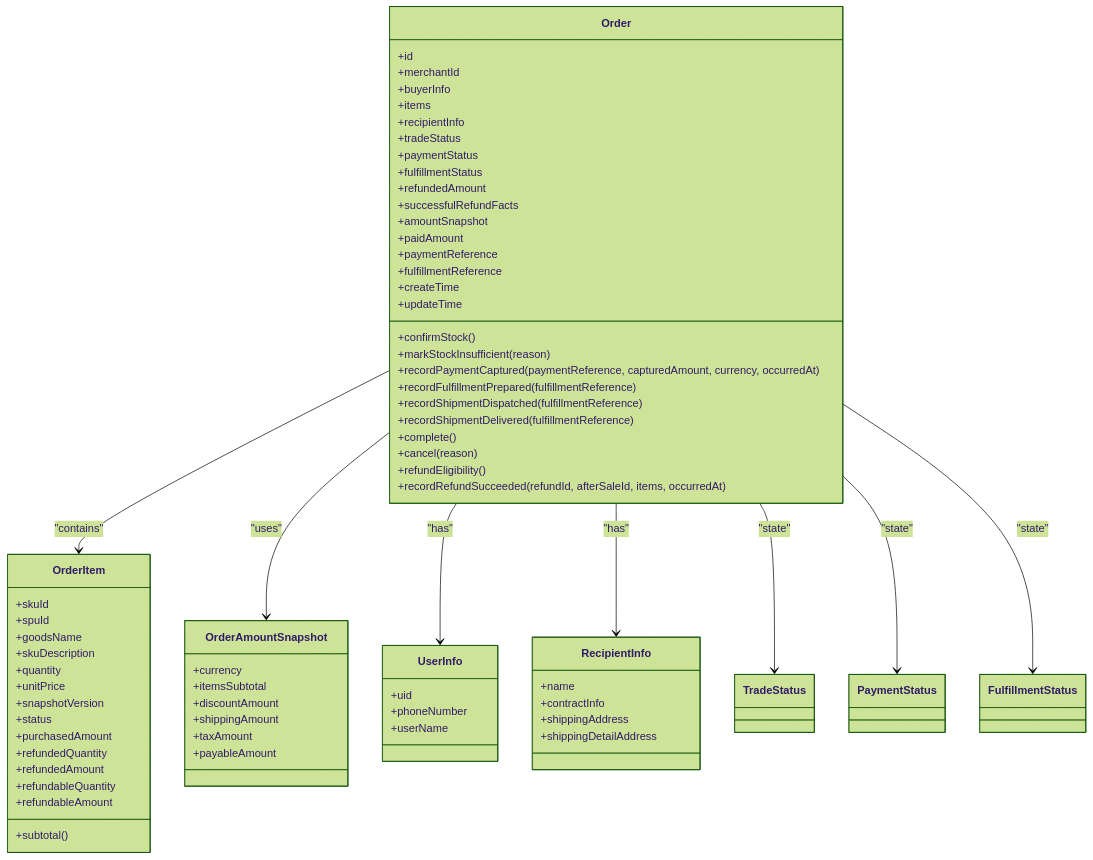
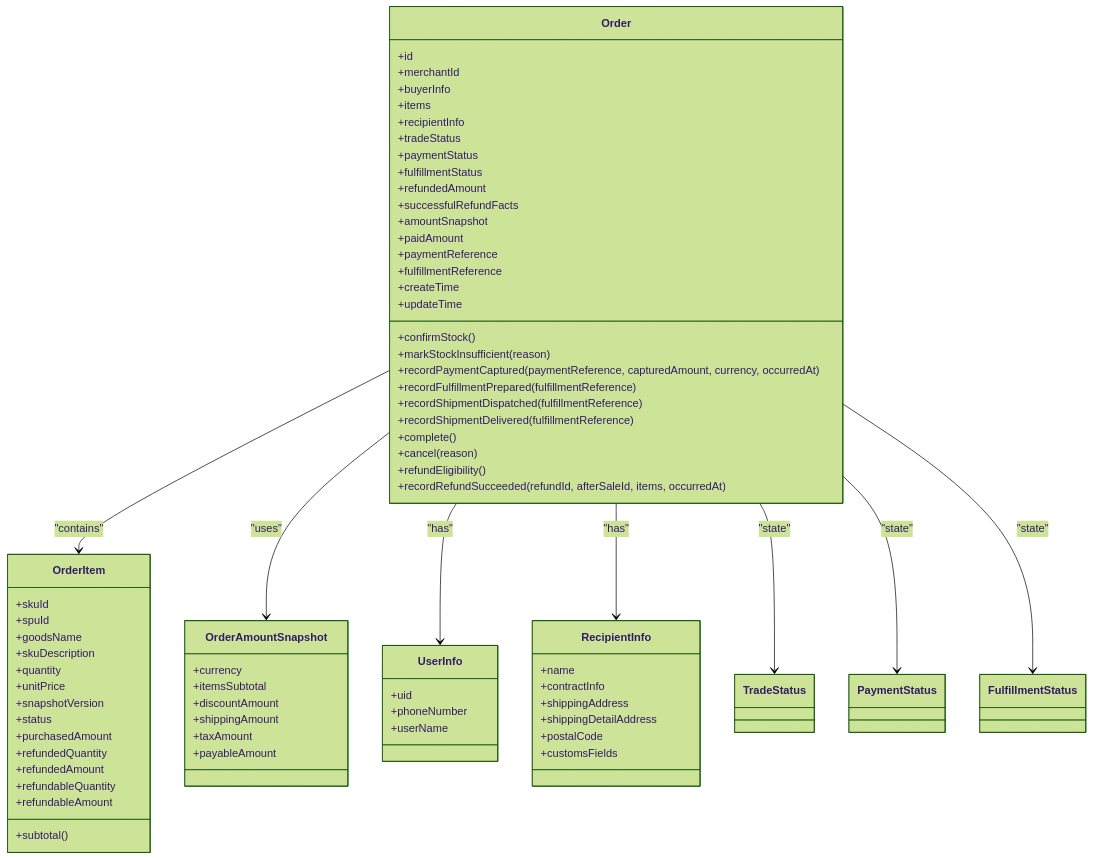
Before and after one commit to ddd-mall/j-store: the second of 7 diagrams in .qoder/repowiki/en/content/Order Management Module/Order Domain Model.md, drawn with Mermaid (forest theme). The commit also changed other lines of this file and 298 other files, not shown here.

````diff
--- a/.qoder/repowiki/en/content/Order Management Module/Order Domain Model.md
+++ b/.qoder/repowiki/en/content/Order Management Module/Order Domain Model.md
@@ -116,76 +148,78 @@
 ```mermaid
 classDiagram
 class Order {
 +id
 +merchantId
 +buyerInfo
 +items
 +recipientInfo
 +tradeStatus
 +paymentStatus
 +fulfillmentStatus
 +refundedAmount
 +successfulRefundFacts
 +amountSnapshot
 +paidAmount
 +paymentReference
 +fulfillmentReference
 +createTime
 +updateTime
 +confirmStock()
 +markStockInsufficient(reason)
 +recordPaymentCaptured(paymentReference, capturedAmount, currency, occurredAt)
 +recordFulfillmentPrepared(fulfillmentReference)
 +recordShipmentDispatched(fulfillmentReference)
 +recordShipmentDelivered(fulfillmentReference)
 +complete()
 +cancel(reason)
 +refundEligibility()
 +recordRefundSucceeded(refundId, afterSaleId, items, occurredAt)
 }
 class OrderItem {
 +skuId
 +spuId
 +goodsName
 +skuDescription
 +quantity
 +unitPrice
 +snapshotVersion
 +status
 +purchasedAmount
 +refundedQuantity
 +refundedAmount
 +refundableQuantity
 +refundableAmount
 +subtotal()
 }
 class OrderAmountSnapshot {
 +currency
 +itemsSubtotal
 +discountAmount
 +shippingAmount
 +taxAmount
 +payableAmount
 }
 class UserInfo {
 +uid
 +phoneNumber
 +userName
 }
 class RecipientInfo {
 +name
 +contractInfo
 +shippingAddress
 +shippingDetailAddress
++postalCode
++customsFields
 }
 class TradeStatus
 class PaymentStatus
 class FulfillmentStatus
 Order --> OrderItem : "contains"
 Order --> OrderAmountSnapshot : "uses"
 Order --> UserInfo : "has"
 Order --> RecipientInfo : "has"
 Order --> TradeStatus : "state"
 Order --> PaymentStatus : "state"
 Order --> FulfillmentStatus : "state"
 ```
````
